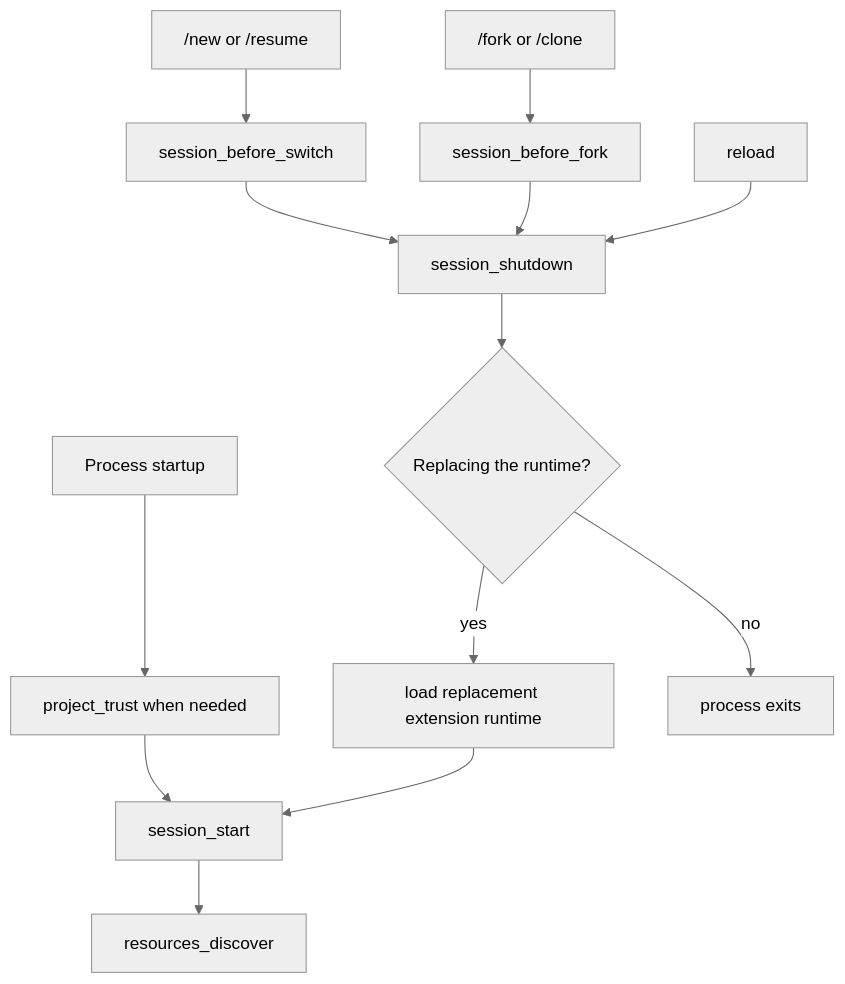
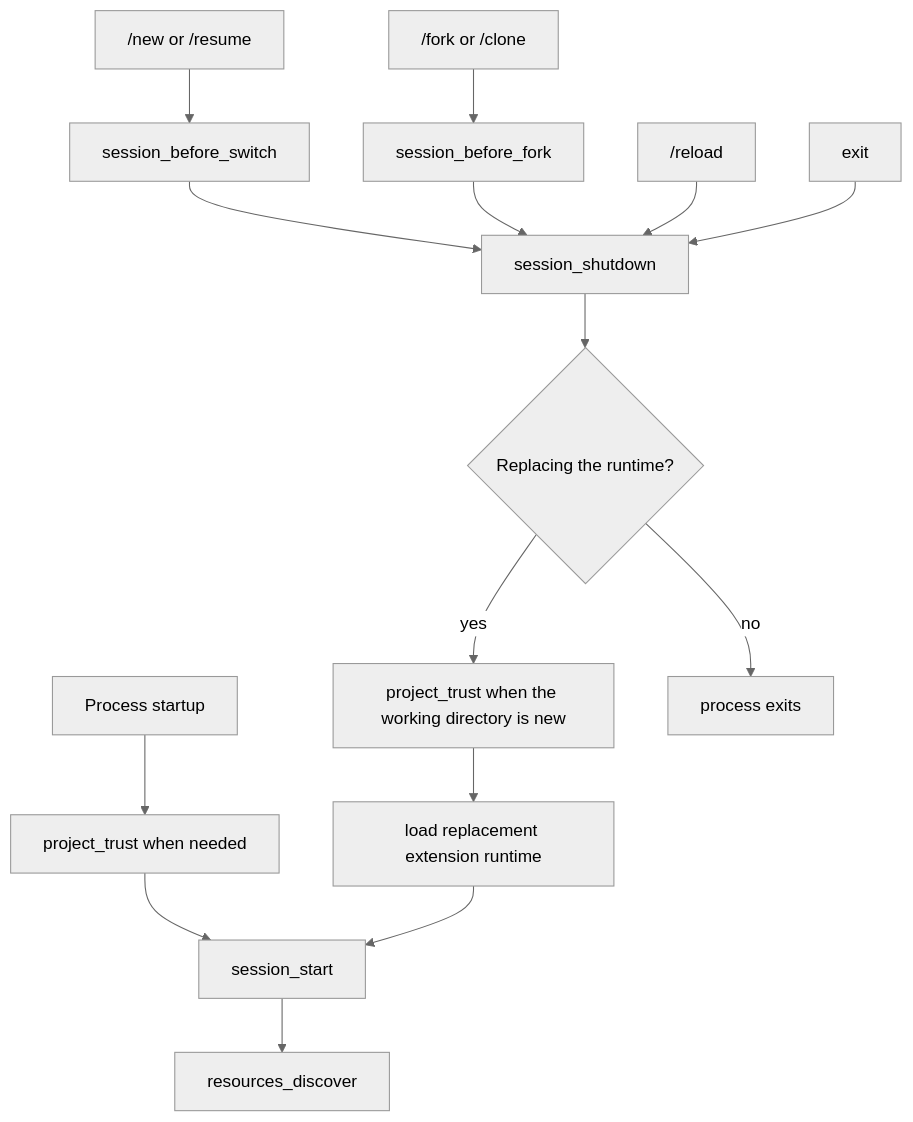
The third of 3 diagrams in docs/docs/latest/extensions.md (Q-Peppa/Q-Peppa.github.io), drawn with Mermaid (neutral theme) before and after one commit. The commit also changed other lines of this file and 11 other files, not shown here.

````diff
--- a/docs/docs/latest/extensions.md
+++ b/docs/docs/latest/extensions.md
@@ -133,15 +362,17 @@
 ```mermaid
 flowchart TD
     Startup["Process startup"] --> Trust["project_trust when needed"]
     Trust --> SessionStart["session_start"]
     Switch["/new or /resume"] --> BeforeSwitch["session_before_switch"]
     Fork["/fork or /clone"] --> BeforeFork["session_before_fork"]
     BeforeSwitch --> Shutdown["session_shutdown"]
     BeforeFork --> Shutdown
-    Reload["reload"] --> Shutdown
+    Reload["/reload"] --> Shutdown
+    Exit["exit"] --> Shutdown
     Shutdown --> Replacing{"Replacing the runtime?"}
-    Replacing -->|yes| Replacement["load replacement extension runtime"]
+    Replacing -->|yes| ReplacementTrust["project_trust when the working directory is new"]
+    ReplacementTrust --> Replacement["load replacement extension runtime"]
     Replacement --> SessionStart
     Replacing -->|no| Stop["process exits"]
     SessionStart --> Discover["resources_discover"]
 ```
````
